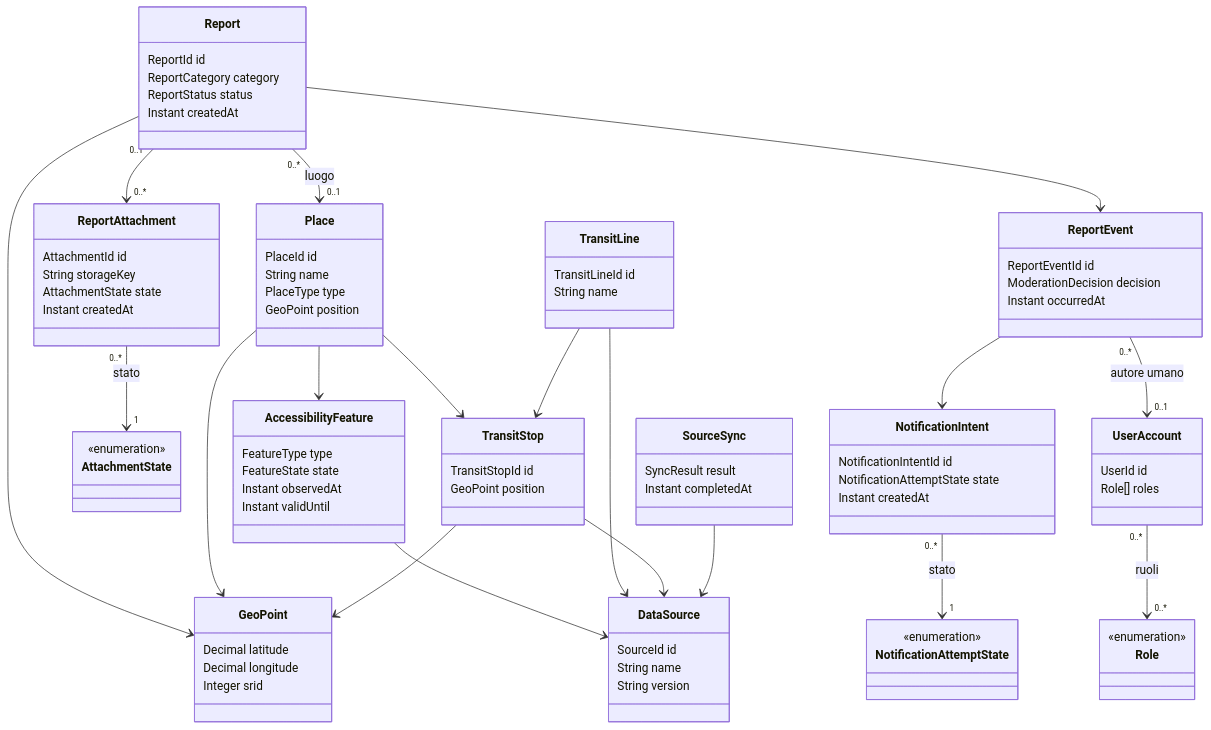
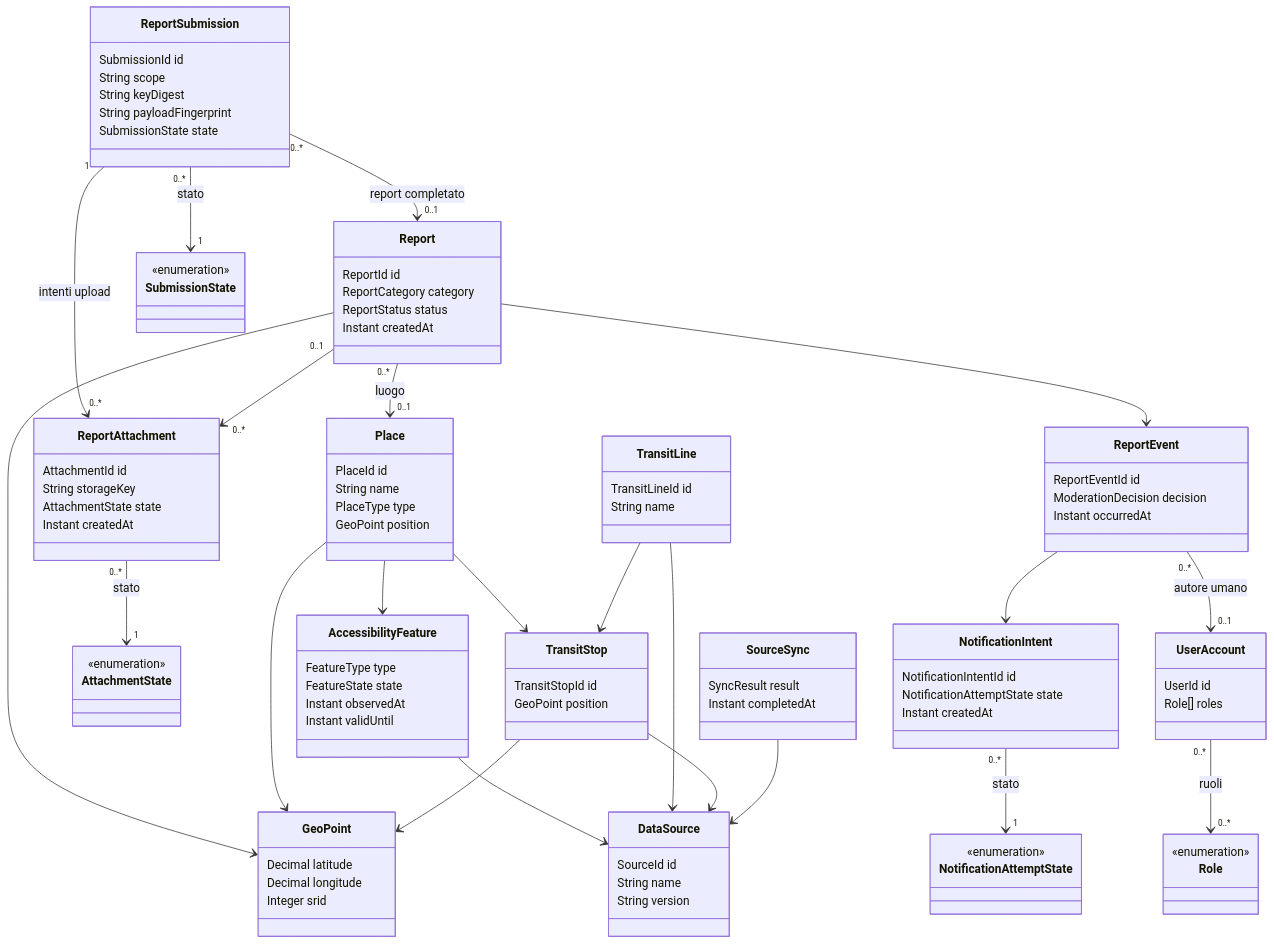
Before and after one commit to andreaplini/aegis: the second of 9 diagrams in docs/RAD.md, drawn with Mermaid. The commit also changed other lines of this file and 6 other files, not shown here.

````diff
--- a/docs/RAD.md
+++ b/docs/RAD.md
@@ -375,6 +376,6 @@
 ```mermaid
 classDiagram
-  accDescr: Relazioni concettuali tra luoghi, caratteristiche, segnalazioni, eventi, intenzioni di notifica e fonti.
+  accDescr: Relazioni concettuali tra luoghi, caratteristiche, prenotazioni idempotenti, segnalazioni, eventi, intenzioni di notifica e fonti.
   class Place {
     PlaceId id
     String name
@@ -392,6 +393,16 @@
     ReportCategory category
     ReportStatus status
     Instant createdAt
+  }
+  class ReportSubmission {
+    SubmissionId id
+    String scope
+    String keyDigest
+    String payloadFingerprint
+    SubmissionState state
+  }
+  class SubmissionState {
+    <<enumeration>>
   }
   class ReportEvent {
     ReportEventId id
@@ -448,6 +459,9 @@
   Place --> TransitStop
   TransitLine --> TransitStop
   Report --> ReportEvent
+  ReportSubmission "0..*" --> "0..1" Report : report completato
+  ReportSubmission "1" --> "0..*" ReportAttachment : intenti upload
+  ReportSubmission "0..*" --> "1" SubmissionState : stato
   Report "0..1" --> "0..*" ReportAttachment
   Report "0..*" --> "0..1" Place : luogo
   ReportEvent "0..*" --> "0..1" UserAccount : autore umano
````
